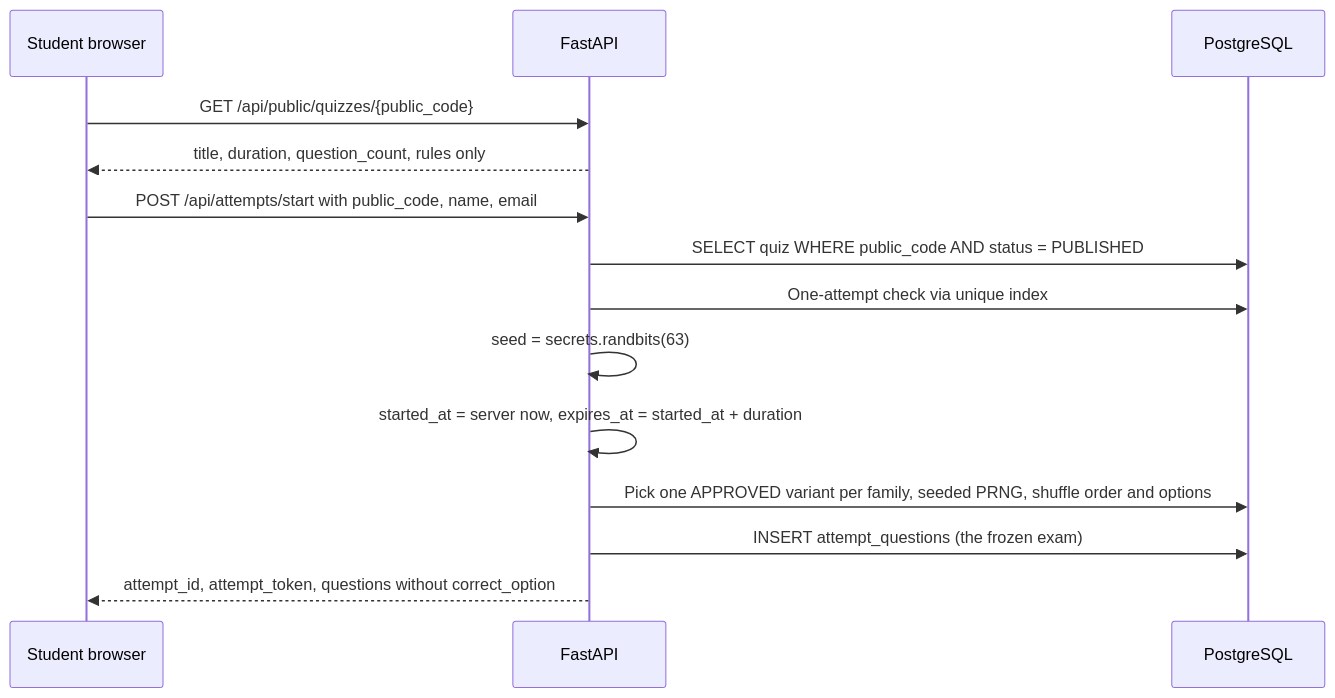
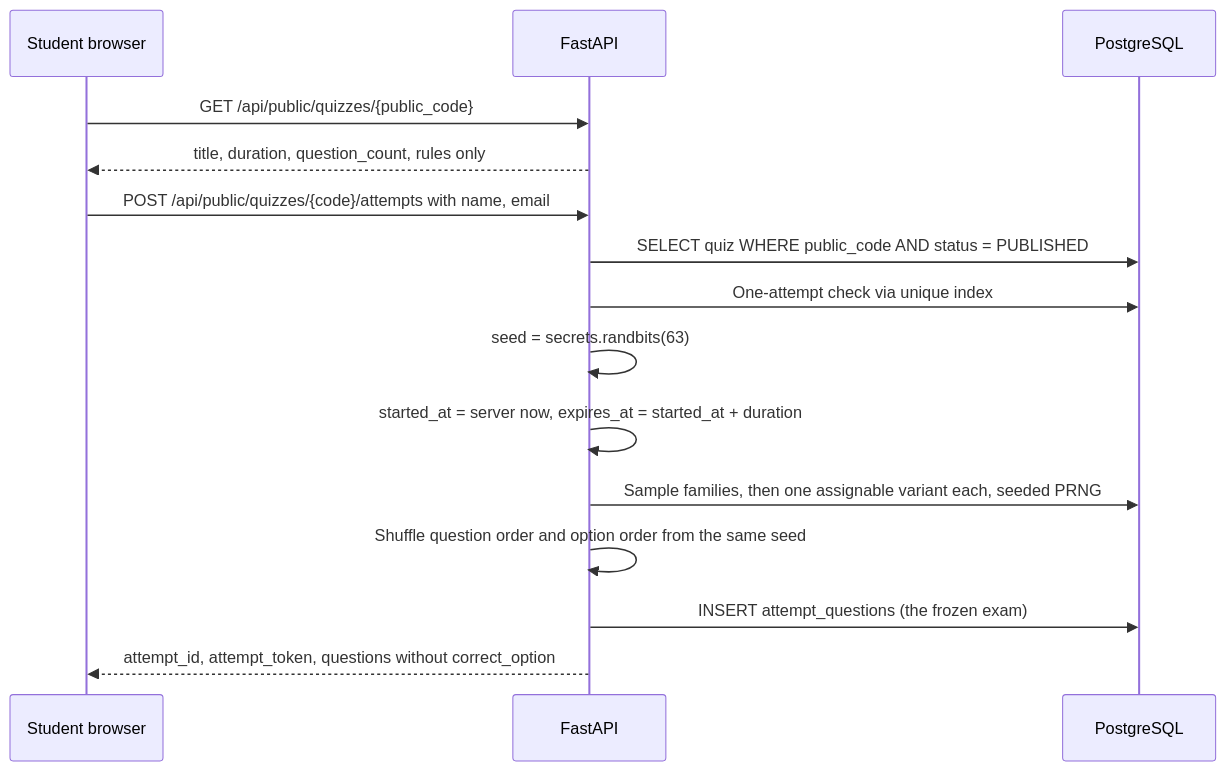
One commit to 711nishtha/invigilate changed the sixth of 9 diagrams in docs/architecture.md. Above: the diagram before and after it, drawn with Mermaid. The commit also changed other lines of this file and 22 other files, not shown here.

````diff
--- a/docs/architecture.md
+++ b/docs/architecture.md
@@ -166,17 +166,18 @@
 ```mermaid
 sequenceDiagram
     participant S as Student browser
     participant A as FastAPI
     participant DB as PostgreSQL
 
     S->>A: GET /api/public/quizzes/{public_code}
     A-->>S: title, duration, question_count, rules only
-    S->>A: POST /api/attempts/start with public_code, name, email
+    S->>A: POST /api/public/quizzes/{code}/attempts with name, email
     A->>DB: SELECT quiz WHERE public_code AND status = PUBLISHED
     A->>DB: One-attempt check via unique index
     A->>A: seed = secrets.randbits(63)
     A->>A: started_at = server now, expires_at = started_at + duration
-    A->>DB: Pick one APPROVED variant per family, seeded PRNG, shuffle order and options
+    A->>DB: Sample families, then one assignable variant each, seeded PRNG
+    A->>A: Shuffle question order and option order from the same seed
     A->>DB: INSERT attempt_questions (the frozen exam)
     A-->>S: attempt_id, attempt_token, questions without correct_option
 ```
````
